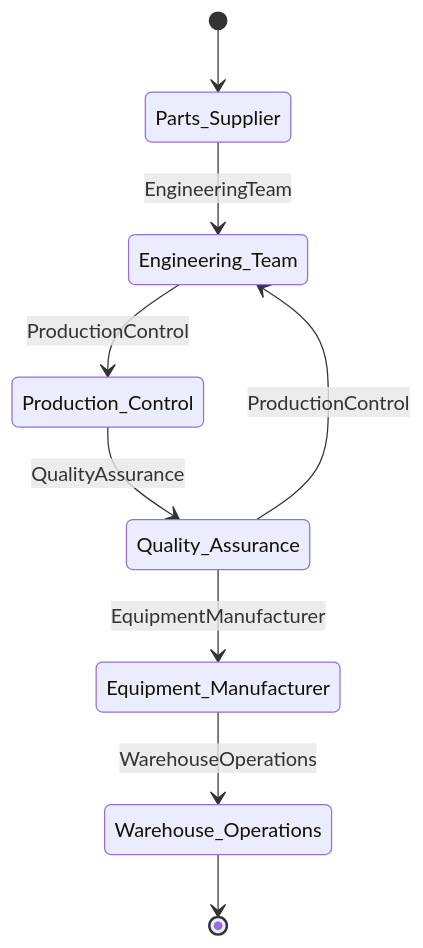
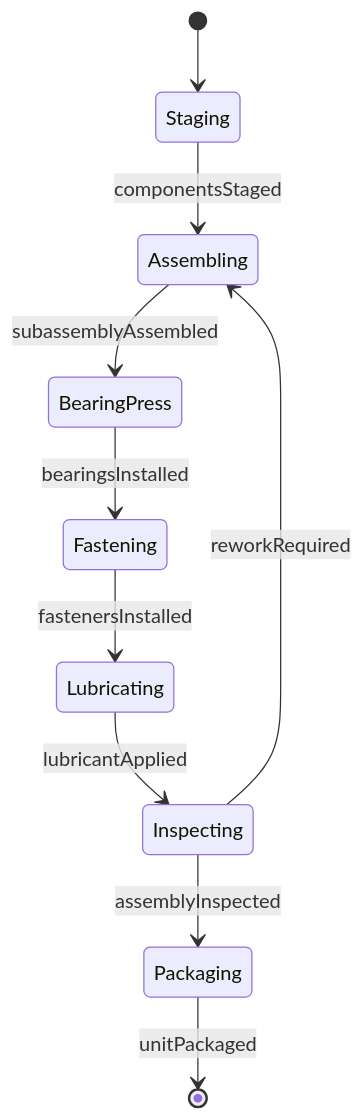
The second of 4 diagrams in HandlingAndMovingObjects/AssembleEquipmentOrComponents/AssembleMechanicalComponentsMachineParts.mdx (dot-org-ai/tasks.org.ai), drawn with Mermaid before and after one commit. The commit also changed other lines of this file and 515 other files, not shown here.

````diff
--- a/HandlingAndMovingObjects/AssembleEquipmentOrComponents/AssembleMechanicalComponentsMachineParts.mdx
+++ b/HandlingAndMovingObjects/AssembleEquipmentOrComponents/AssembleMechanicalComponentsMachineParts.mdx
@@ -101,11 +99,12 @@
 ```mermaid
 stateDiagram-v2
-    [*] --> Parts_Supplier
-    Parts_Supplier --> Engineering_Team: EngineeringTeam
-    Engineering_Team --> Production_Control: ProductionControl
-    Production_Control --> Quality_Assurance: QualityAssurance
-    Quality_Assurance --> Equipment_Manufacturer: EquipmentManufacturer
-    Equipment_Manufacturer --> Warehouse_Operations: WarehouseOperations
-    Quality_Assurance --> Engineering_Team: ProductionControl
-    Warehouse_Operations --> [*]
+    [*] --> Staging
+    Staging --> Assembling : componentsStaged
+    Assembling --> BearingPress : subassemblyAssembled
+    BearingPress --> Fastening : bearingsInstalled
+    Fastening --> Lubricating : fastenersInstalled
+    Lubricating --> Inspecting : lubricantApplied
+    Inspecting --> Packaging : assemblyInspected
+    Inspecting --> Assembling : reworkRequired
+    Packaging --> [*] : unitPackaged
 ```
````
